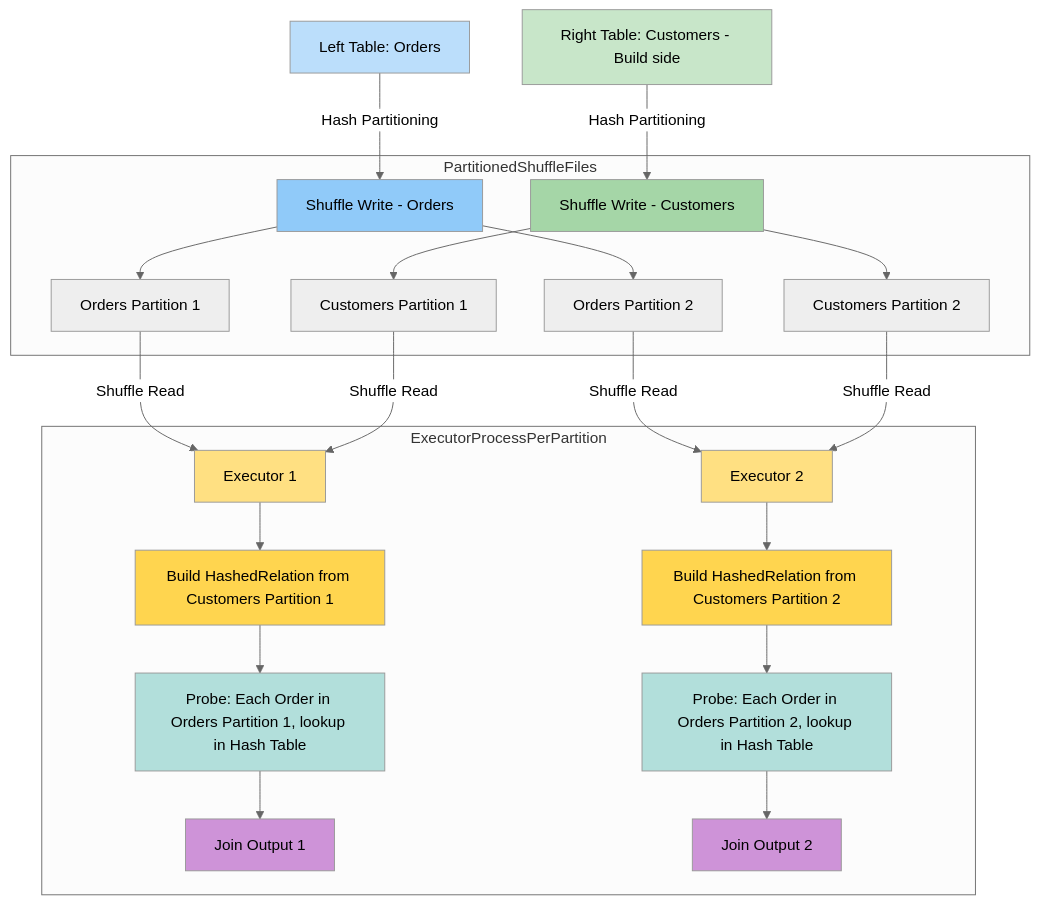
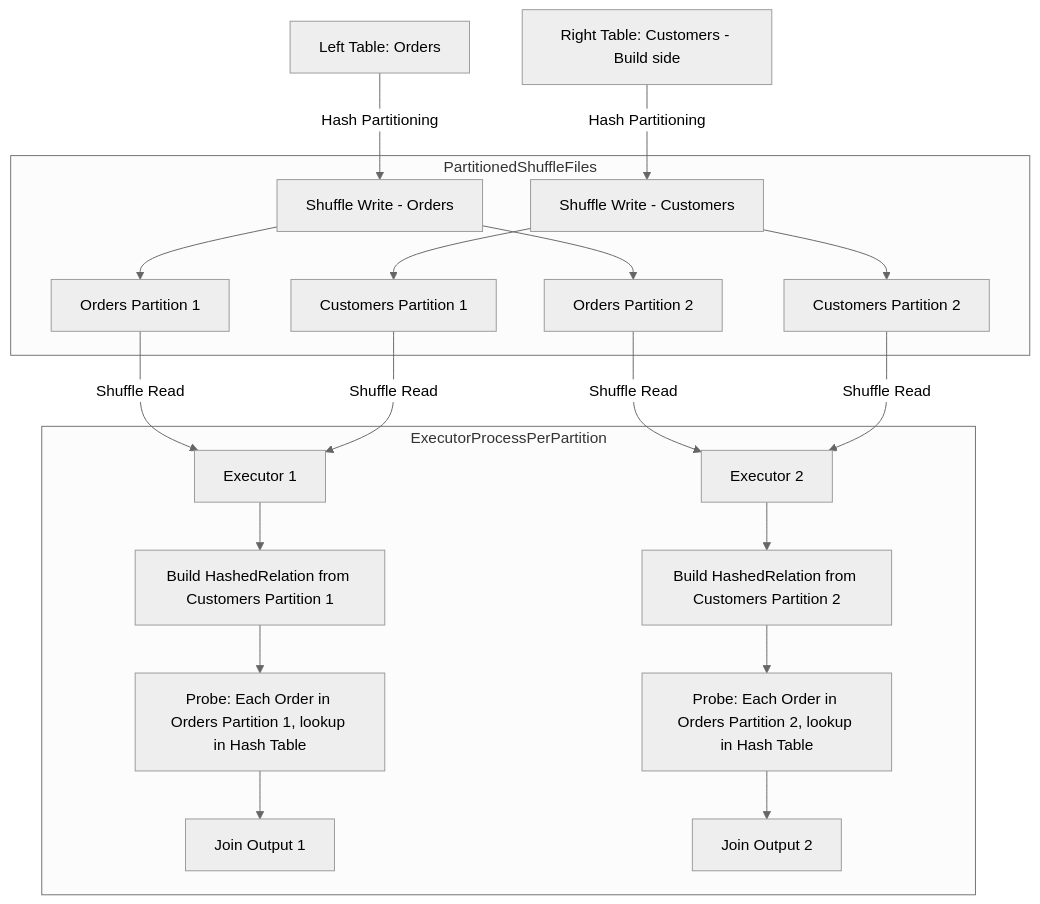
The diagram in content/Internals of Shuffle Hash Join.md (guptaakashdeep/Second-Brain), drawn with Mermaid before and after one commit.

Commit message:
Quartz sync: Nov 2, 2025, 8:42 PM

````diff
--- a/content/Internals of Shuffle Hash Join.md
+++ b/content/Internals of Shuffle Hash Join.md
@@ -88,48 +88,48 @@
 ```mermaid
 ---
 config:
   theme: neutral
 ---
 flowchart TD
 
 OrdersTable[Left Table: Orders] -- "Hash Partitioning" --> OrdersShuffleWrite[Shuffle Write - Orders]
 
 CustomersTable[Right Table: Customers - Build side] -- "Hash Partitioning" --> CustomersShuffleWrite[Shuffle Write - Customers]
 
   
 
 subgraph PartitionedShuffleFiles
 OrdersShuffleWrite --> OrdersPart1[Orders Partition 1]
 OrdersShuffleWrite --> OrdersPart2[Orders Partition 2]
 CustomersShuffleWrite --> CustPart1[Customers Partition 1]
 CustomersShuffleWrite --> CustPart2[Customers Partition 2]
 end
 
 OrdersPart1 -- "Shuffle Read" --> Exec1[Executor 1]
 CustPart1 -- "Shuffle Read" --> Exec1
 OrdersPart2 -- "Shuffle Read" --> Exec2[Executor 2]
 CustPart2 -- "Shuffle Read" --> Exec2
 
 subgraph ExecutorProcessPerPartition
 Exec1 --> Build1[Build HashedRelation from Customers Partition 1]
 Build1 --> Probe1[Probe: Each Order in Orders Partition 1, lookup in Hash Table]
 Probe1 --> JoinOut1[Join Output 1]
 
 Exec2 --> Build2[Build HashedRelation from Customers Partition 2]
 Build2 --> Probe2[Probe: Each Order in Orders Partition 2, lookup in Hash Table]
 Probe2 --> JoinOut2[Join Output 2]
 end
 
-style OrdersTable fill:#bbdefb
-style CustomersTable fill:#c8e6c9
-style OrdersShuffleWrite fill:#90caf9
-style CustomersShuffleWrite fill:#a5d6a7
-style Exec1 fill:#ffe082
-style Exec2 fill:#ffe082
-style Build1 fill:#ffd54f
-style Build2 fill:#ffd54f
-style Probe1 fill:#b2dfdb
-style Probe2 fill:#b2dfdb
-style JoinOut1 fill:#ce93d8
-style JoinOut2 fill:#ce93d8
+%% style OrdersTable fill:#bbdefb
+%% style CustomersTable fill:#c8e6c9
+%% style OrdersShuffleWrite fill:#90caf9
+%% style CustomersShuffleWrite fill:#a5d6a7
+%% style Exec1 fill:#ffe082
+%% style Exec2 fill:#ffe082
+%% style Build1 fill:#ffd54f
+%% style Build2 fill:#ffd54f
+%% style Probe1 fill:#b2dfdb
+%% style Probe2 fill:#b2dfdb
+%% style JoinOut1 fill:#ce93d8
+%% style JoinOut2 fill:#ce93d8
 ```
````
